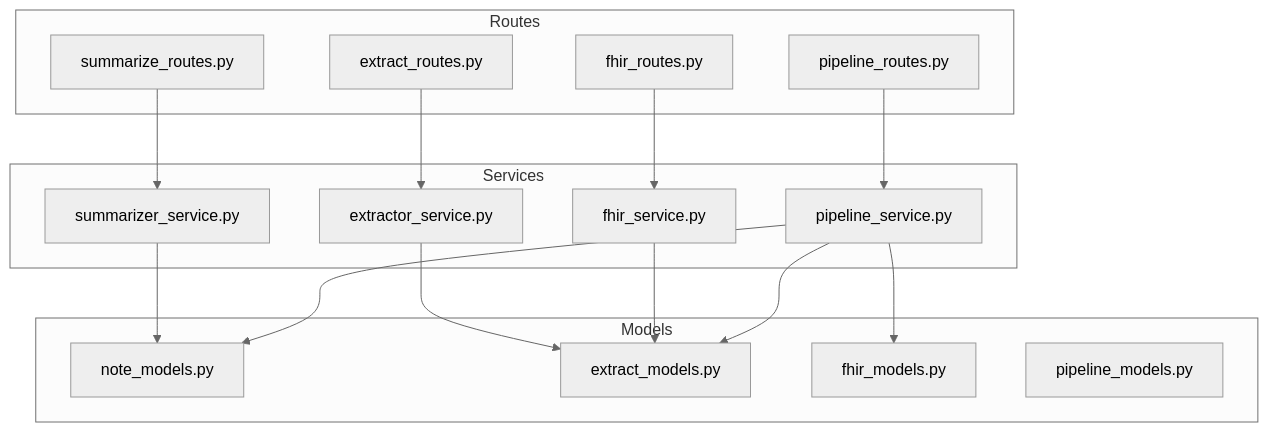
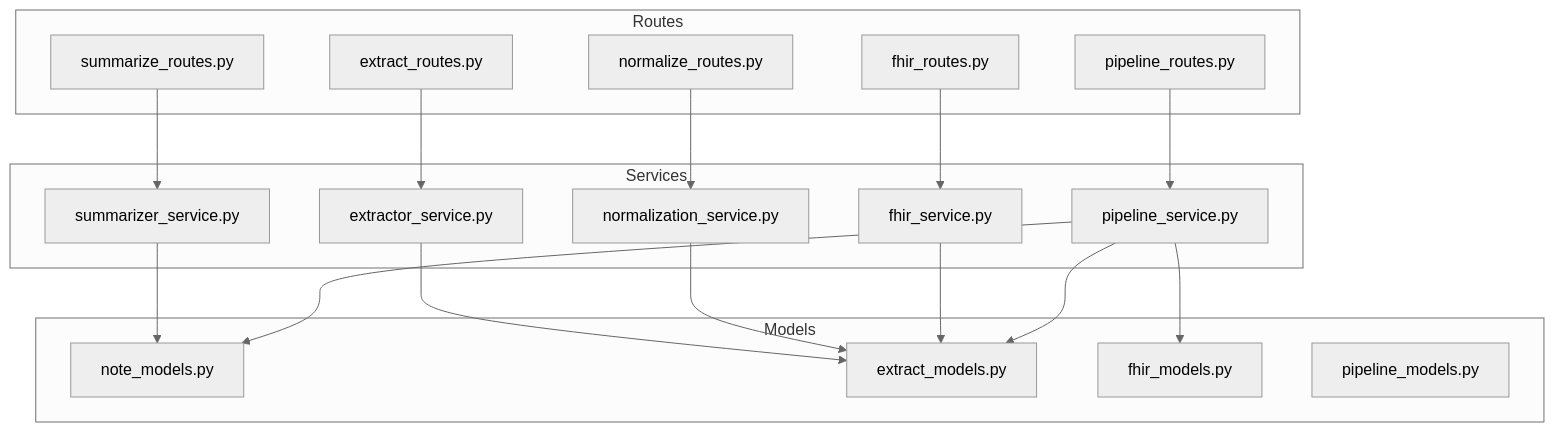
The second of 2 diagrams in docs/architecture.md (bngetich/doctor-notes-app), drawn with Mermaid (neutral theme) before and after one commit. The commit also changed other lines of this file and 1 other file, not shown here.

Commit message:
docs: update README and architecture docs to include normalization layer

````diff
--- a/docs/architecture.md
+++ b/docs/architecture.md
@@ -69,35 +56,39 @@
 ```mermaid
 graph TD
     subgraph Routes
         R1[summarize_routes.py]
         R2[extract_routes.py]
-        R3[fhir_routes.py]
-        R4[pipeline_routes.py]
+        R3[normalize_routes.py]
+        R4[fhir_routes.py]
+        R5[pipeline_routes.py]
     end
 
     subgraph Services
         S1[summarizer_service.py]
         S2[extractor_service.py]
-        S3[fhir_service.py]
-        S4[pipeline_service.py]
+        S3[normalization_service.py]
+        S4[fhir_service.py]
+        S5[pipeline_service.py]
     end
 
     subgraph Models
         M1[note_models.py]
         M2[extract_models.py]
         M3[fhir_models.py]
         M4[pipeline_models.py]
     end
 
     R1 --> S1
     R2 --> S2
     R3 --> S3
     R4 --> S4
+    R5 --> S5
 
     S1 --> M1
     S2 --> M2
     S3 --> M2
-    S4 --> M1
     S4 --> M2
-    S4 --> M3
+    S5 --> M1
+    S5 --> M2
+    S5 --> M3
 ```
````
